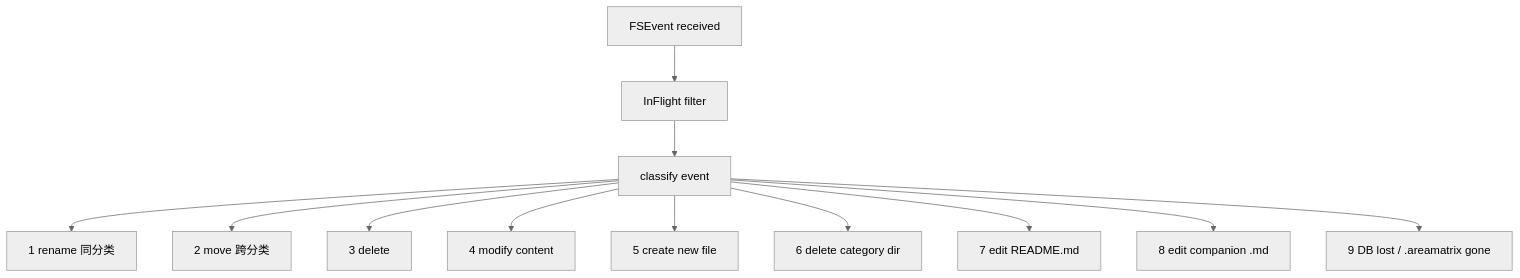
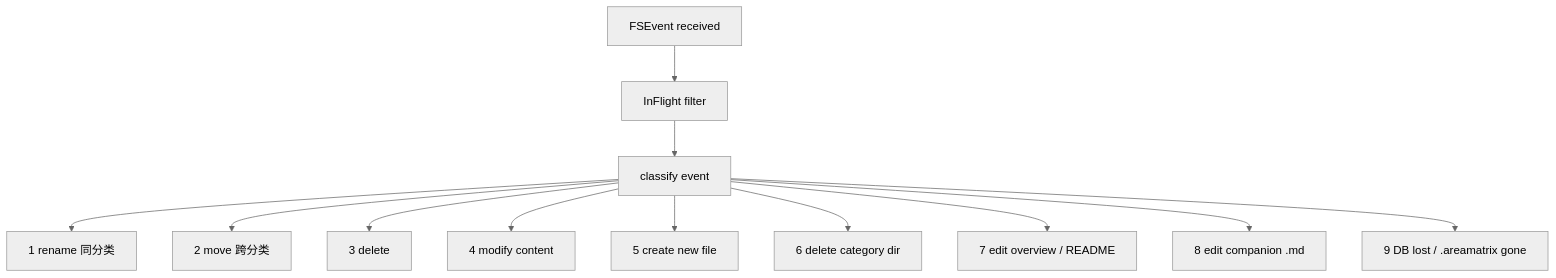
The second of 13 diagrams in docs/architecture/source-of-truth.md (AreaSong/AreaMatrix), drawn with Mermaid (neutral theme) before and after one commit. The commit also changed other lines of this file and 38 other files, not shown here.

````diff
--- a/docs/architecture/source-of-truth.md
+++ b/docs/architecture/source-of-truth.md
@@ -63,28 +64,28 @@
 ```mermaid
 flowchart TB
     Event[FSEvent received]
     Filter[InFlight filter]
     Classify[classify event]
 
     S1[1 rename 同分类]
     S2[2 move 跨分类]
     S3[3 delete]
     S4[4 modify content]
     S5[5 create new file]
     S6[6 delete category dir]
-    S7[7 edit README.md]
+    S7[7 edit overview / README]
     S8[8 edit companion .md]
     S9[9 DB lost / .areamatrix gone]
 
     Event --> Filter
     Filter --> Classify
     Classify --> S1
     Classify --> S2
     Classify --> S3
     Classify --> S4
     Classify --> S5
     Classify --> S6
     Classify --> S7
     Classify --> S8
     Classify --> S9
 ```
````
